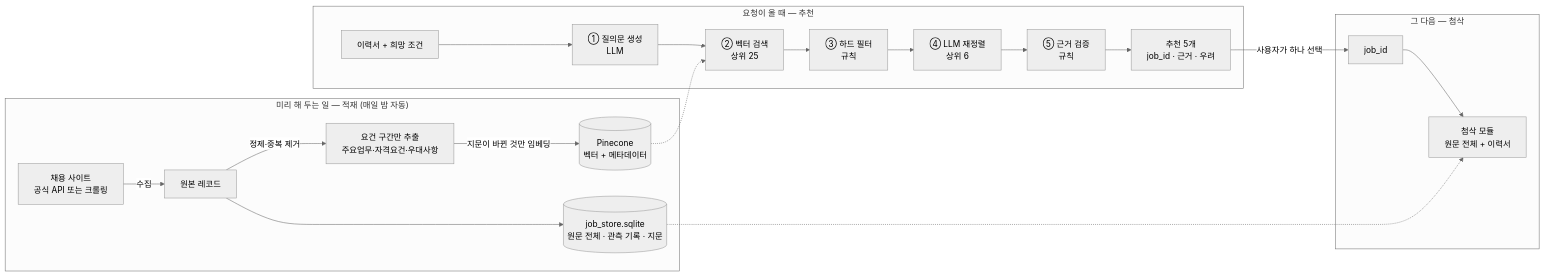
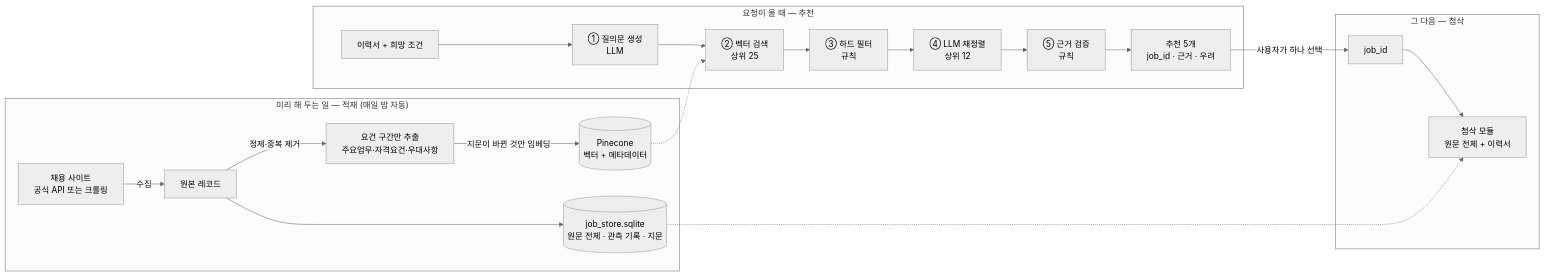
The diagram in job_matching_bot/docs/graphs/1_overview.mmd (SKNETWORKS-FAMILY-AICAMP/SKN34-3rd-2Team), drawn with Mermaid (neutral theme) before and after one commit. The commit also changed 6 other files, not shown here.

```diff
--- a/job_matching_bot/docs/graphs/1_overview.mmd
+++ b/job_matching_bot/docs/graphs/1_overview.mmd
@@ -1,21 +1,21 @@
 flowchart LR
   subgraph PRE["미리 해 두는 일 — 적재 (매일 밤 자동)"]
     A["채용 사이트<br>공식 API 또는 크롤링"] -->|수집| B["원본 레코드"]
     B -->|정제·중복 제거| C["요건 구간만 추출<br>주요업무·자격요건·우대사항"]
     C -->|지문이 바뀐 것만 임베딩| D[("Pinecone<br>벡터 + 메타데이터")]
     B --> S[("job_store.sqlite<br>원문 전체 · 관측 기록 · 지문")]
   end
   subgraph REQ["요청이 올 때 — 추천"]
     R["이력서 + 희망 조건"] --> Q["① 질의문 생성<br>LLM"]
     Q --> V["② 벡터 검색<br>상위 25"]
     V --> H["③ 하드 필터<br>규칙"]
-    H --> L["④ LLM 재정렬<br>상위 6"]
+    H --> L["④ LLM 재정렬<br>상위 12"]
     L --> G["⑤ 근거 검증<br>규칙"]
     G --> O["추천 5개<br>job_id · 근거 · 우려"]
   end
   subgraph NEXT["그 다음 — 첨삭"]
     O -->|사용자가 하나 선택| P["job_id"]
     P --> T["첨삭 모듈<br>원문 전체 + 이력서"]
   end
   D -.-> V
   S -.-> T
```
